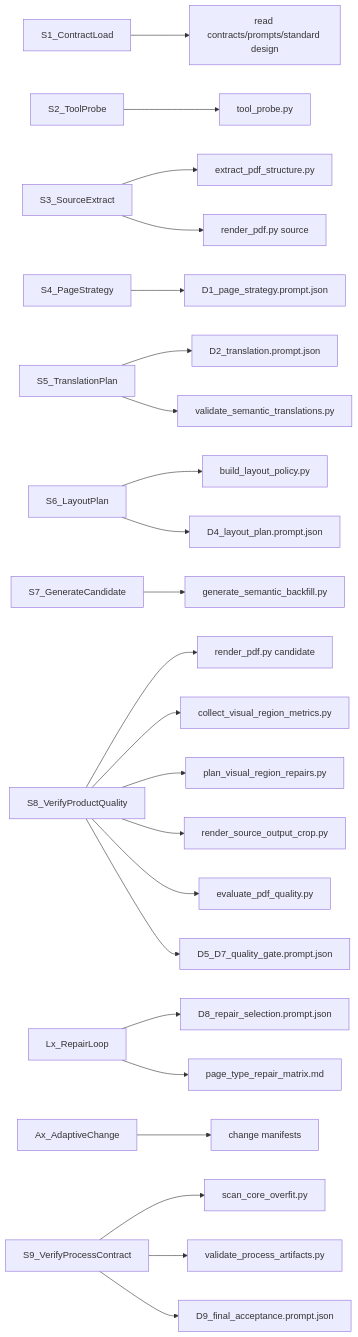
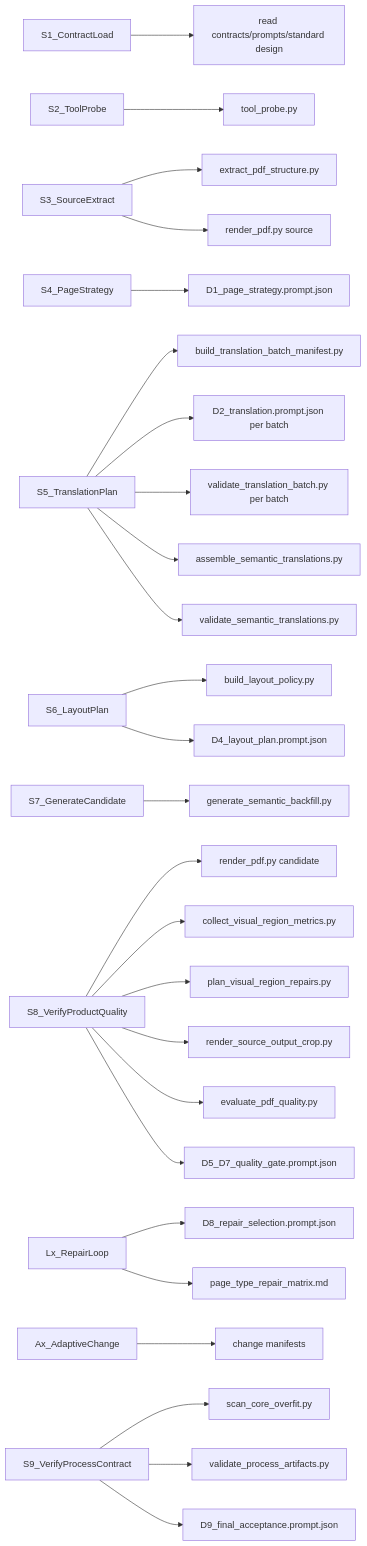
Before and after one commit to huacc/transflow: the eighth of 8 diagrams in docs/业务流程/PDF_语义翻译回填_标准流程设计.md, drawn with Mermaid. The commit also changed other lines of this file and 12 other files, not shown here.

Commit message:
fix: add semantic translation batch materialization

````diff
--- a/docs/业务流程/PDF_语义翻译回填_标准流程设计.md
+++ b/docs/业务流程/PDF_语义翻译回填_标准流程设计.md
@@ -1350,25 +1420,28 @@
 ```mermaid
 flowchart LR
   S1[S1_ContractLoad] --> C1[read contracts/prompts/standard design]
   S2[S2_ToolProbe] --> T1[tool_probe.py]
   S3[S3_SourceExtract] --> T2[extract_pdf_structure.py]
   S3 --> T3[render_pdf.py source]
   S4[S4_PageStrategy] --> D1[D1_page_strategy.prompt.json]
-  S5[S5_TranslationPlan] --> D2[D2_translation.prompt.json]
-  S5 --> T4[validate_semantic_translations.py]
+  S5[S5_TranslationPlan] --> T4a[build_translation_batch_manifest.py]
+  S5 --> D2[D2_translation.prompt.json per batch]
+  S5 --> T4b[validate_translation_batch.py per batch]
+  S5 --> T4c[assemble_semantic_translations.py]
+  S5 --> T4d[validate_semantic_translations.py]
   S6[S6_LayoutPlan] --> T5[build_layout_policy.py]
   S6 --> D4[D4_layout_plan.prompt.json]
   S7[S7_GenerateCandidate] --> T6[generate_semantic_backfill.py]
   S8[S8_VerifyProductQuality] --> T7[render_pdf.py candidate]
   S8 --> T8[collect_visual_region_metrics.py]
   S8 --> T9[plan_visual_region_repairs.py]
   S8 --> T10[render_source_output_crop.py]
   S8 --> T11[evaluate_pdf_quality.py]
   S8 --> D7[D5_D7_quality_gate.prompt.json]
   LX[Lx_RepairLoop] --> D8[D8_repair_selection.prompt.json]
   LX --> M1[page_type_repair_matrix.md]
   AX[Ax_AdaptiveChange] --> M2[change manifests]
   S9[S9_VerifyProcessContract] --> T12[scan_core_overfit.py]
   S9 --> T13[validate_process_artifacts.py]
   S9 --> D9[D9_final_acceptance.prompt.json]
 ```
````
